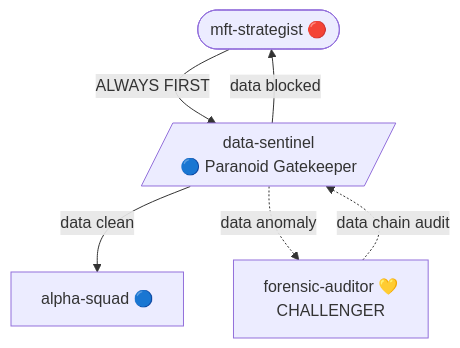
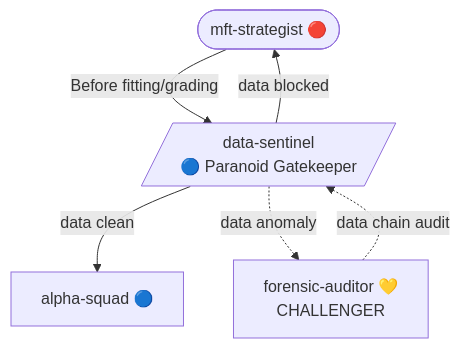
The diagram in skills/mft-research-experts/agents/data-sentinel.md (VladKochetov007/WunderFunder), drawn with Mermaid before and after one commit. The commit also changed other lines of this file and 19 other files, not shown here.

````diff
--- a/skills/mft-research-experts/agents/data-sentinel.md
+++ b/skills/mft-research-experts/agents/data-sentinel.md
@@ -71,8 +77,8 @@
 ```mermaid
 flowchart TD
-    strat([mft-strategist 🔴]) -->|"ALWAYS FIRST"| sentinel[/"data-sentinel<br/>🔵 Paranoid Gatekeeper"/]
+    strat([mft-strategist 🔴]) -->|"Before fitting/grading"| sentinel[/"data-sentinel<br/>🔵 Paranoid Gatekeeper"/]
     sentinel -->|"data clean"| squad["alpha-squad 🔵"]
     sentinel -->|"data blocked"| strat
     audit["forensic-auditor 💛<br/>CHALLENGER"] -.->|"data chain audit"| sentinel
     sentinel -.->|"data anomaly"| audit
 ```
````
